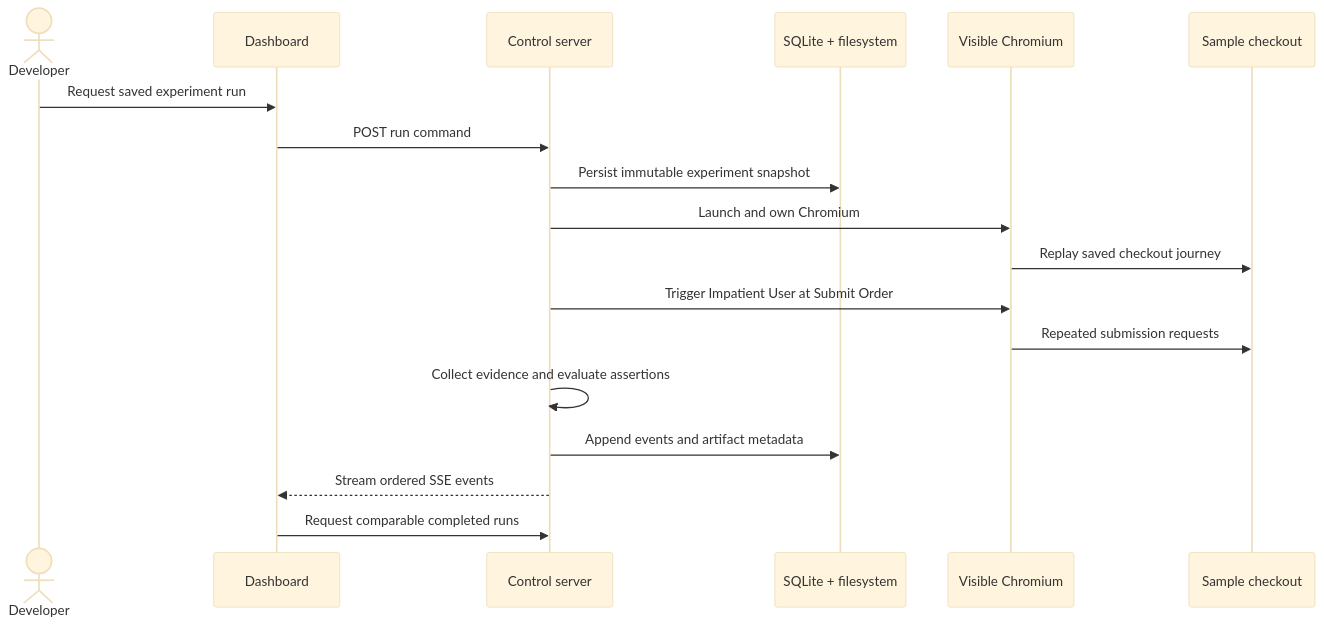
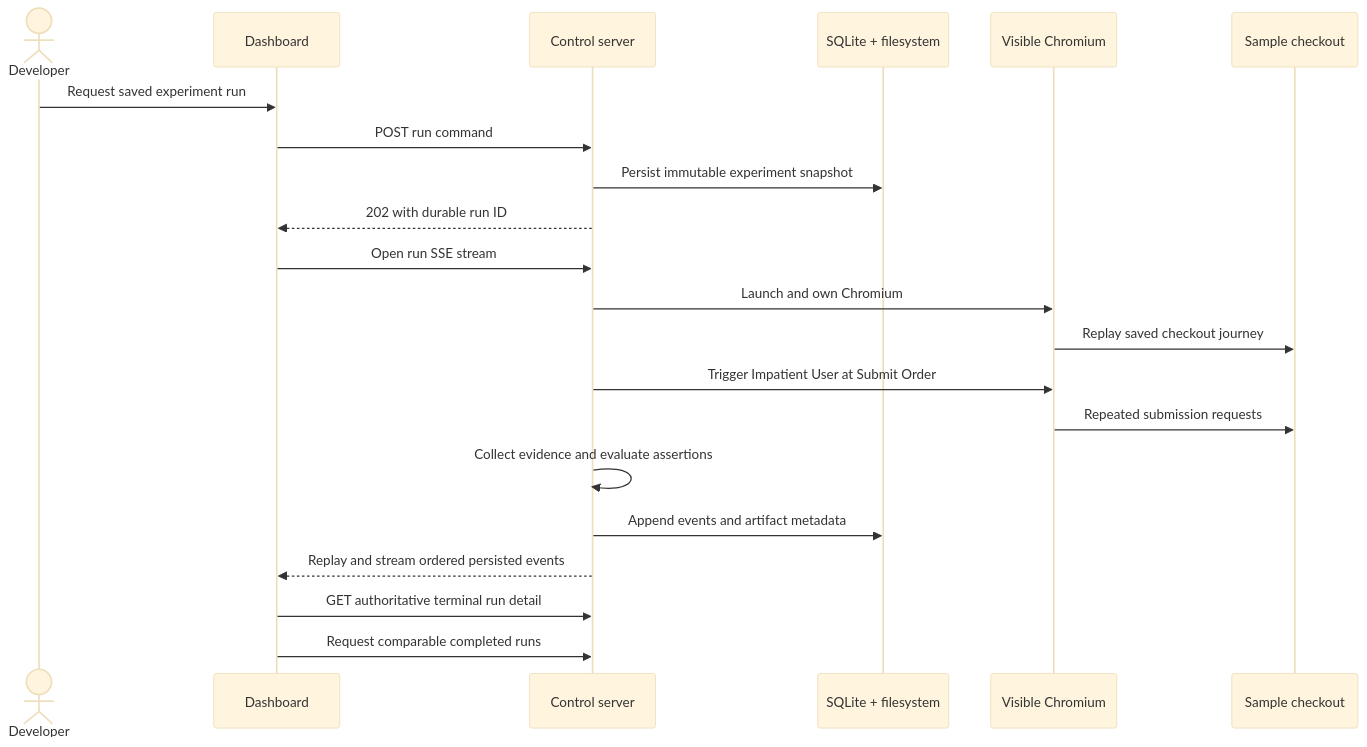
Before and after one commit to SalAkBuK/formcrash: the diagram in docs/architecture/data-flow.md, drawn with Mermaid (base theme). The commit also changed other lines of this file and 58 other files, not shown here.

````diff
--- a/docs/architecture/data-flow.md
+++ b/docs/architecture/data-flow.md
@@ -7,21 +7,24 @@
 ```mermaid
 sequenceDiagram
   actor Developer
   participant Dashboard
   participant Server as Control server
   participant Store as SQLite + filesystem
   participant Browser as Visible Chromium
   participant Checkout as Sample checkout
 
   Developer->>Dashboard: Request saved experiment run
   Dashboard->>Server: POST run command
   Server->>Store: Persist immutable experiment snapshot
+  Server-->>Dashboard: 202 with durable run ID
+  Dashboard->>Server: Open run SSE stream
   Server->>Browser: Launch and own Chromium
   Browser->>Checkout: Replay saved checkout journey
   Server->>Browser: Trigger Impatient User at Submit Order
   Browser->>Checkout: Repeated submission requests
   Server->>Server: Collect evidence and evaluate assertions
   Server->>Store: Append events and artifact metadata
-  Server-->>Dashboard: Stream ordered SSE events
+  Server-->>Dashboard: Replay and stream ordered persisted events
+  Dashboard->>Server: GET authoritative terminal run detail
   Dashboard->>Server: Request comparable completed runs
 ```
````
